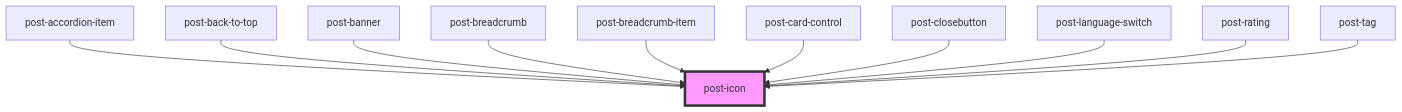
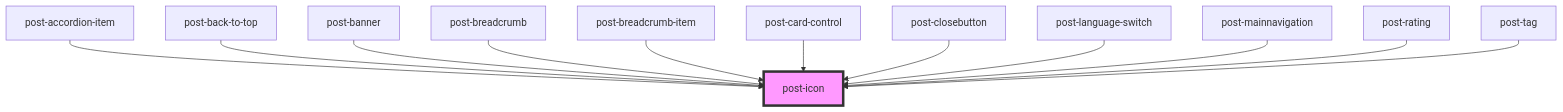
Before and after one commit to swisspost/design-system: the diagram in packages/components/src/components/post-icon/readme.md, drawn with Mermaid. The commit also changed other lines of this file and 1 other file, not shown here.

Commit message:
Add generated files

````diff
--- a/packages/components/src/components/post-icon/readme.md
+++ b/packages/components/src/components/post-icon/readme.md
@@ -37,14 +38,15 @@
 ```mermaid
 graph TD;
   post-accordion-item --> post-icon
   post-back-to-top --> post-icon
   post-banner --> post-icon
   post-breadcrumb --> post-icon
   post-breadcrumb-item --> post-icon
   post-card-control --> post-icon
   post-closebutton --> post-icon
   post-language-switch --> post-icon
+  post-mainnavigation --> post-icon
   post-rating --> post-icon
   post-tag --> post-icon
   style post-icon fill:#f9f,stroke:#333,stroke-width:4px
 ```
````
